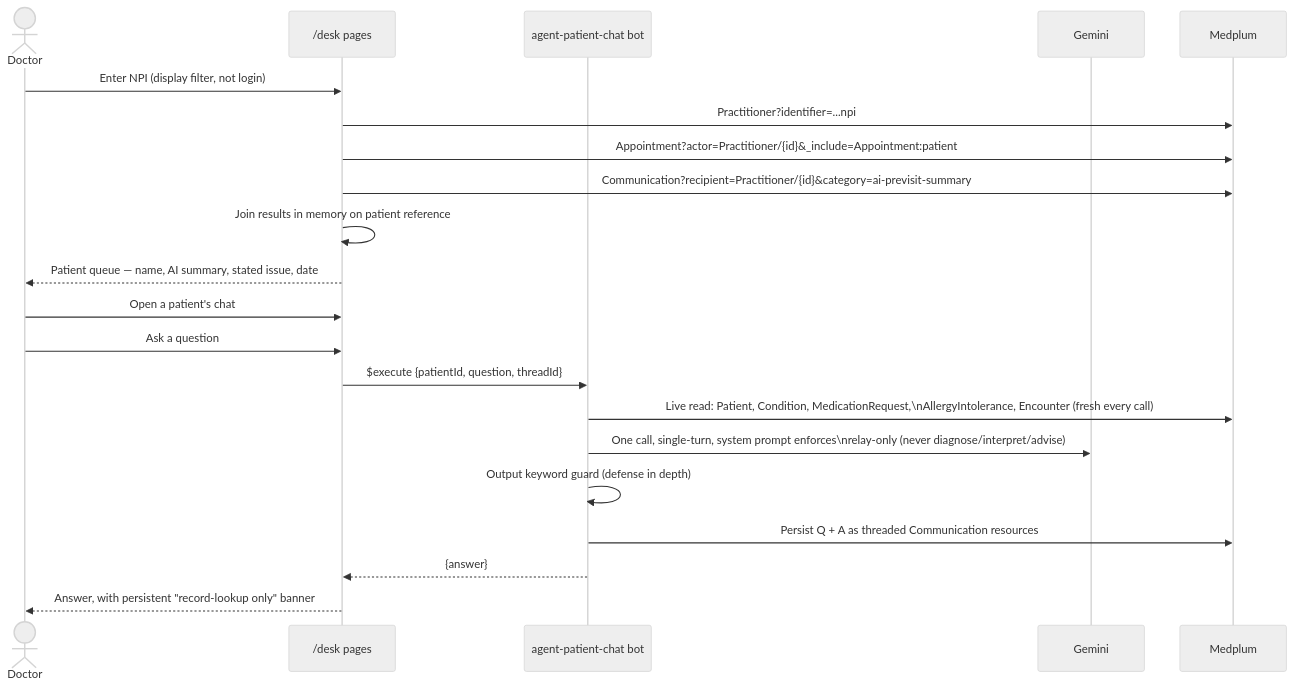
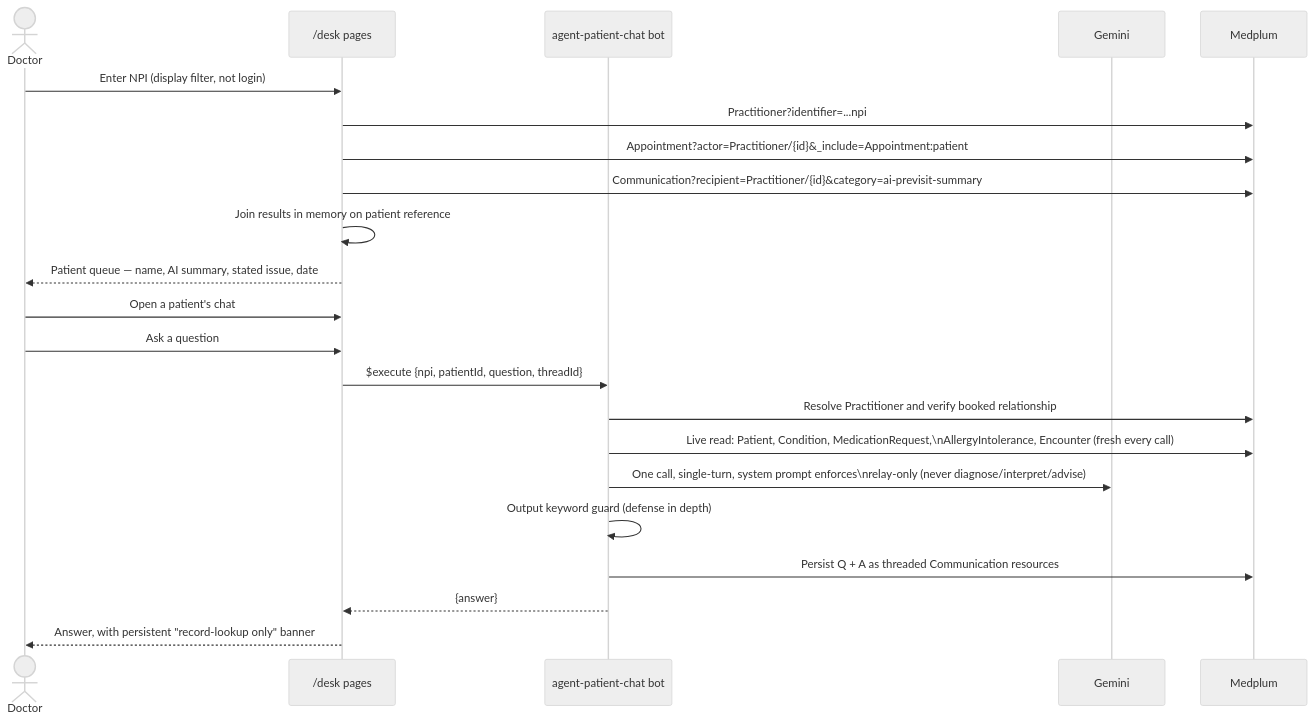
The fourth of 5 diagrams in docs/Doctor_Appointment_Agent_HLD.md (RTE404/Doctor-Appointment-Agent), drawn with Mermaid (neutral theme) before and after one commit. The commit also changed other lines of this file and 11 other files, not shown here.

````diff
--- a/docs/Doctor_Appointment_Agent_HLD.md
+++ b/docs/Doctor_Appointment_Agent_HLD.md
@@ -170,25 +166,26 @@
 ```mermaid
 sequenceDiagram
     actor D as Doctor
     participant UI as /desk pages
     participant Chat as agent-patient-chat bot
     participant Gemini
     participant M as Medplum
 
     D->>UI: Enter NPI (display filter, not login)
     UI->>M: Practitioner?identifier=...npi
     UI->>M: Appointment?actor=Practitioner/{id}&_include=Appointment:patient
     UI->>M: Communication?recipient=Practitioner/{id}&category=ai-previsit-summary
     UI->>UI: Join results in memory on patient reference
     UI-->>D: Patient queue — name, AI summary, stated issue, date
 
     D->>UI: Open a patient's chat
     D->>UI: Ask a question
-    UI->>Chat: $execute {patientId, question, threadId}
+    UI->>Chat: $execute {npi, patientId, question, threadId}
+    Chat->>M: Resolve Practitioner and verify booked relationship
     Chat->>M: Live read: Patient, Condition, MedicationRequest,\nAllergyIntolerance, Encounter (fresh every call)
     Chat->>Gemini: One call, single-turn, system prompt enforces\nrelay-only (never diagnose/interpret/advise)
     Chat->>Chat: Output keyword guard (defense in depth)
     Chat->>M: Persist Q + A as threaded Communication resources
     Chat-->>UI: {answer}
     UI-->>D: Answer, with persistent "record-lookup only" banner
 ```
````
